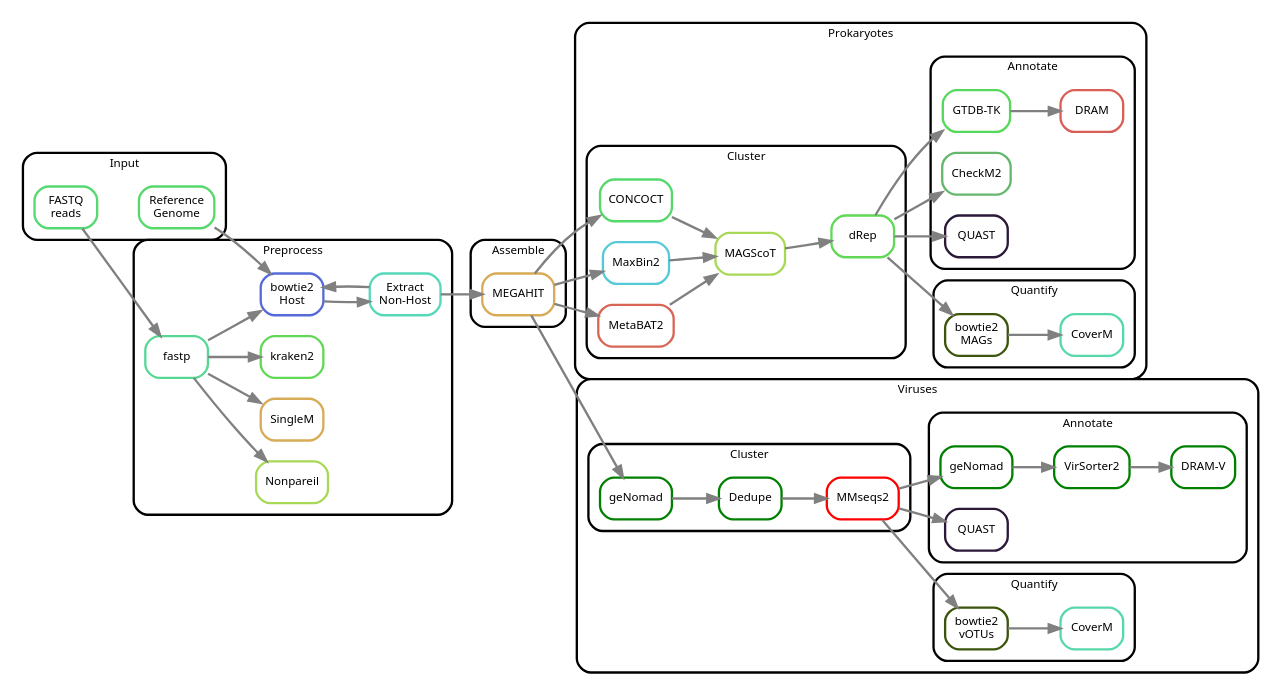
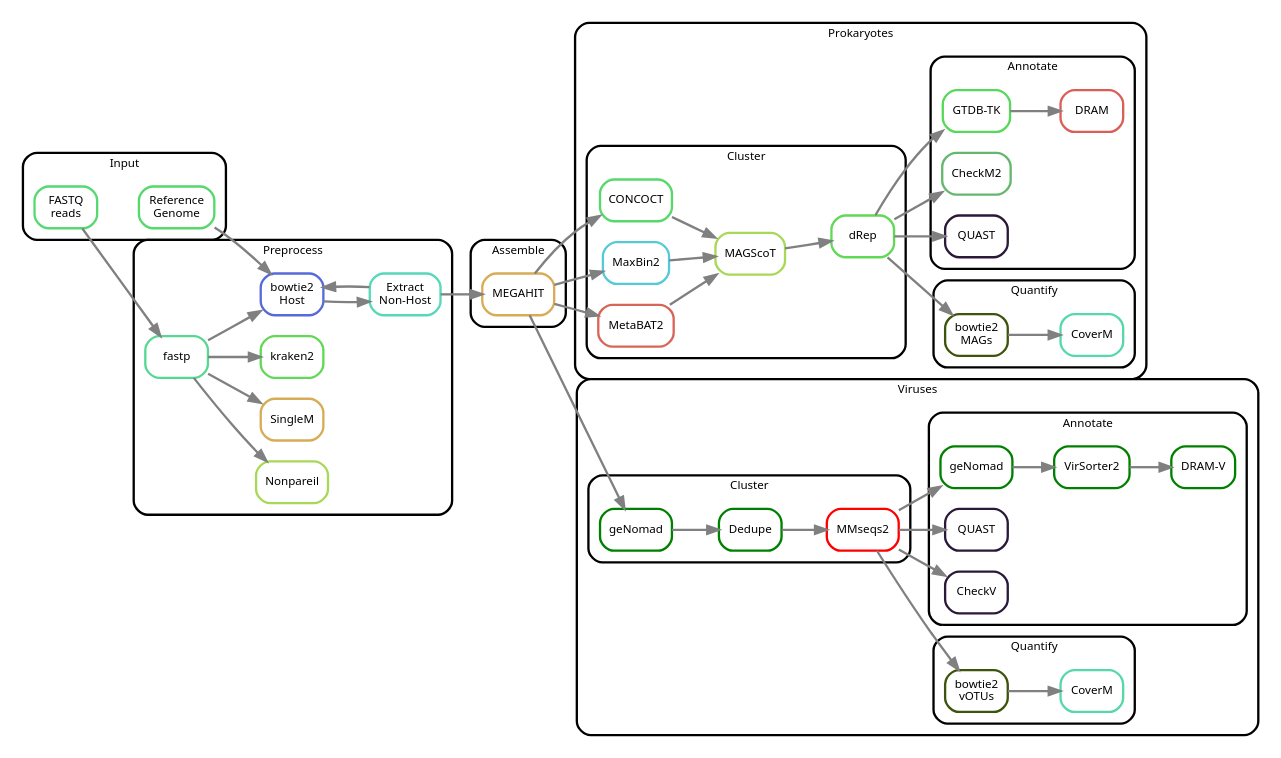
Before and after one commit to 3d-omics/mg_assembly: the diagram in rulegraph_simple.dot, drawn with Graphviz. The commit also changed 2 other files, not shown here.

```diff
--- a/rulegraph_simple.dot
+++ b/rulegraph_simple.dot
@@ -1,147 +1,148 @@
 digraph snakemake_dag {
     rankdir=LR;
     newrank=true;
     graph[bgcolor=white, margin=0, compound=true];
     node[shape=box, style=rounded, fontname=sans, fontsize=10, penwidth=2];
     edge[penwidth=2, color=grey];
 
     subgraph cluster_0 {
         label = "Input";
         shape=box; style=rounded; fontname=sans; fontsize=10; penwidth=2; margin=10;
         reference   [label = "Reference\nGenome",   color = "0.36 0.6 0.85"];
         fastq       [label = "FASTQ\nreads",        color = "0.37 0.6 0.85"];
     }
 
     subgraph cluster_1 {
         label = "Preprocess";
         shape=box; style=rounded; fontname=sans; fontsize=10; penwidth=2; margin=10;
         bowtie2 [label = "bowtie2\nHost",       color = "0.64 0.6 0.85"];
         extract [label = "Extract\nNon-Host",   color = "0.46 0.6 0.85"];
         fastp   [label = "fastp",               color = "0.41 0.6 0.85"];
         {
             rankdir=LR;
             nonpareil   [label = "Nonpareil",   color = "0.23 0.6 0.85",    style = "rounded"];
             singlem     [label = "SingleM",     color = "0.11 0.6 0.85",    style = "rounded"];
             kraken2     [label = "kraken2",     color = "0.32 0.6 0.85"];
         }
         fastp   ->  bowtie2
         fastp   ->  nonpareil
         fastp   ->  singlem
         fastp   ->  kraken2
         bowtie2 ->  extract
         extract ->  bowtie2
 
     }
 
     subgraph cluster_2 {
         label = "Assemble";
         shape=box; style=rounded; fontname=sans; fontsize=10; penwidth=2; margin=10;
 
         megahit  [label = "MEGAHIT",    color = "0.11 0.6 0.85"];
 
     }
 
     megahit     ->  concoct
     megahit     ->  maxbin2
     megahit     ->  metabat2
 
     subgraph cluster_3 {
         label = "Prokaryotes";
         shape=box; style=rounded; fontname=sans; fontsize=10; penwidth=2; margin=10;
 
         subgraph cluster_3_1 {
             label = "Cluster";
 
             concoct  [label = "CONCOCT",    color = "0.36 0.6 0.85"];
             maxbin2  [label = "MaxBin2",    color = "0.52 0.6 0.85"];
             metabat2 [label = "MetaBAT2",   color = "0.02 0.6 0.85"];
             magscot  [label = "MAGScoT",    color = "0.23 0.6 0.85"];
             drep     [label = "dRep",       color = "0.32 0.6 0.85",    style = "rounded"];
 
             metabat2    ->  magscot
             concoct     ->  magscot
             maxbin2     ->  magscot
             magscot     ->  drep
         }
 
         subgraph cluster_3_2 {
             label = "Quantify";
             shape=box; style="rounded"; fontname=sans; fontsize=10; penwidth=2; margin=10;
             bowtie2_drep    [label = "bowtie2\nMAGs",  color = "0.22 0.86 0.33"];
             coverm          [label = "CoverM",         color = "0.44 0.60 0.85"];
 
             bowtie2_drep -> coverm
         }
 
         subgraph cluster_3_3 {
             label = "Annotate";
             shape=box; style="rounded"; fontname=sans; fontsize=10; penwidth=2; margin=10;
 
             gtdbtk  [label = "GTDB-TK",  color = "0.34 0.6 0.85",    style = "rounded"];
             dram    [label = "DRAM",     color = "0.01 0.6 0.85",    style = "rounded"];
             checkm  [label = "CheckM2",  color = "0.35 0.44 0.72"];
             quast   [label = "QUAST",    color = "0.76 0.55 0.22"];
-
+            
             gtdbtk -> dram
 
         }
 
     }
 
     reference   ->  bowtie2
     fastq       ->  fastp
     extract     ->  megahit
     drep        ->  gtdbtk
     drep        ->  bowtie2_drep
     drep        ->  checkm
     drep        ->  quast
 
     subgraph cluster_4 {
         label = "Viruses";
         shape=box; style="rounded"; fontname=sans; fontsize=10; penwidth=2; margin="10,10";
 
         subgraph cluster_4_1 {
             label = "Cluster";
             shape=box; style="rounded"; fontname=sans; fontsize=10; penwidth=2; margin="10,10";
 
             genomad     [label = "geNomad",     color = green,              style = "rounded"];
             dedupe      [label = "Dedupe",      color = green,              style = "rounded"];
             mmseqs2     [label = "MMseqs2",     color = red,                style = "rounded"];
 
             genomad -> dedupe -> mmseqs2
 
         }
 
         megahit -> genomad
 
         subgraph cluster_4_2 {
             label = "Quantify";
             shape=box; style="rounded"; fontname=sans; fontsize=10; penwidth=2; margin=10;
 
             bowtie2v     [label = "bowtie2\nvOTUs",  color = "0.22 0.86 0.33"];
             covermv      [label = "CoverM",          color = "0.44 0.60 0.85"];
 
             bowtie2v -> covermv
         }
 
         mmseqs2 -> bowtie2v
 
         subgraph cluster_4_3 {
             label = "Annotate";
             shape=box; style="rounded"; fontname=sans; fontsize=10; penwidth=2; margin=10;
 
             genomad2    [label = "geNomad",     color = green,              style = "rounded"];
             virsorter2  [label = "VirSorter2",   color = green];
             dramv      [label = "DRAM-V",      color = green];
             quastv     [label = "QUAST",       color = "0.76 0.55 0.22"];
+            checkv  [label = "CheckV",   color = "0.76 0.55 0.22"];
 
             genomad2 -> virsorter2 -> dramv
-
+            mmseqs2 -> checkv
         }
 
         mmseqs2 -> genomad2
         mmseqs2 -> quastv
 
     }
 
 }
```
